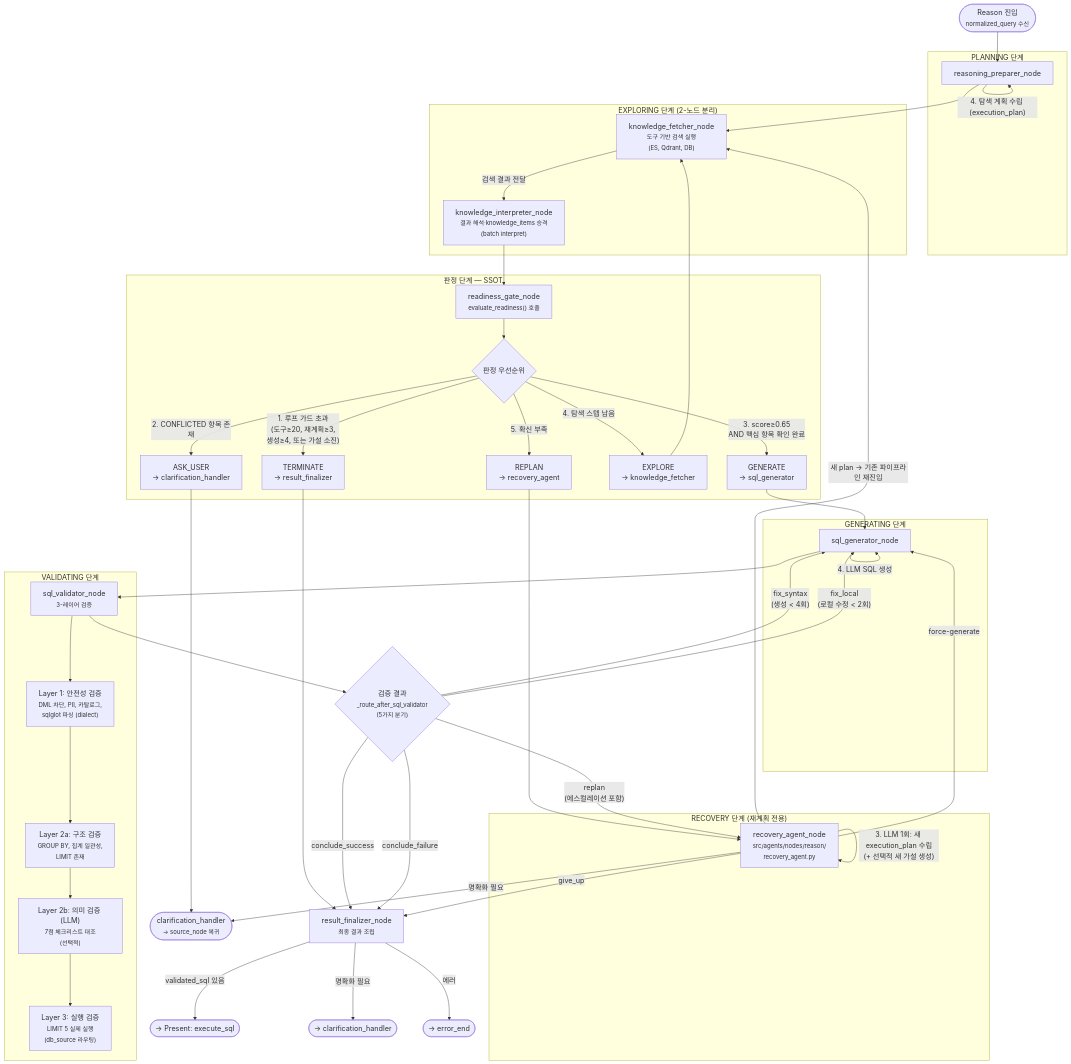
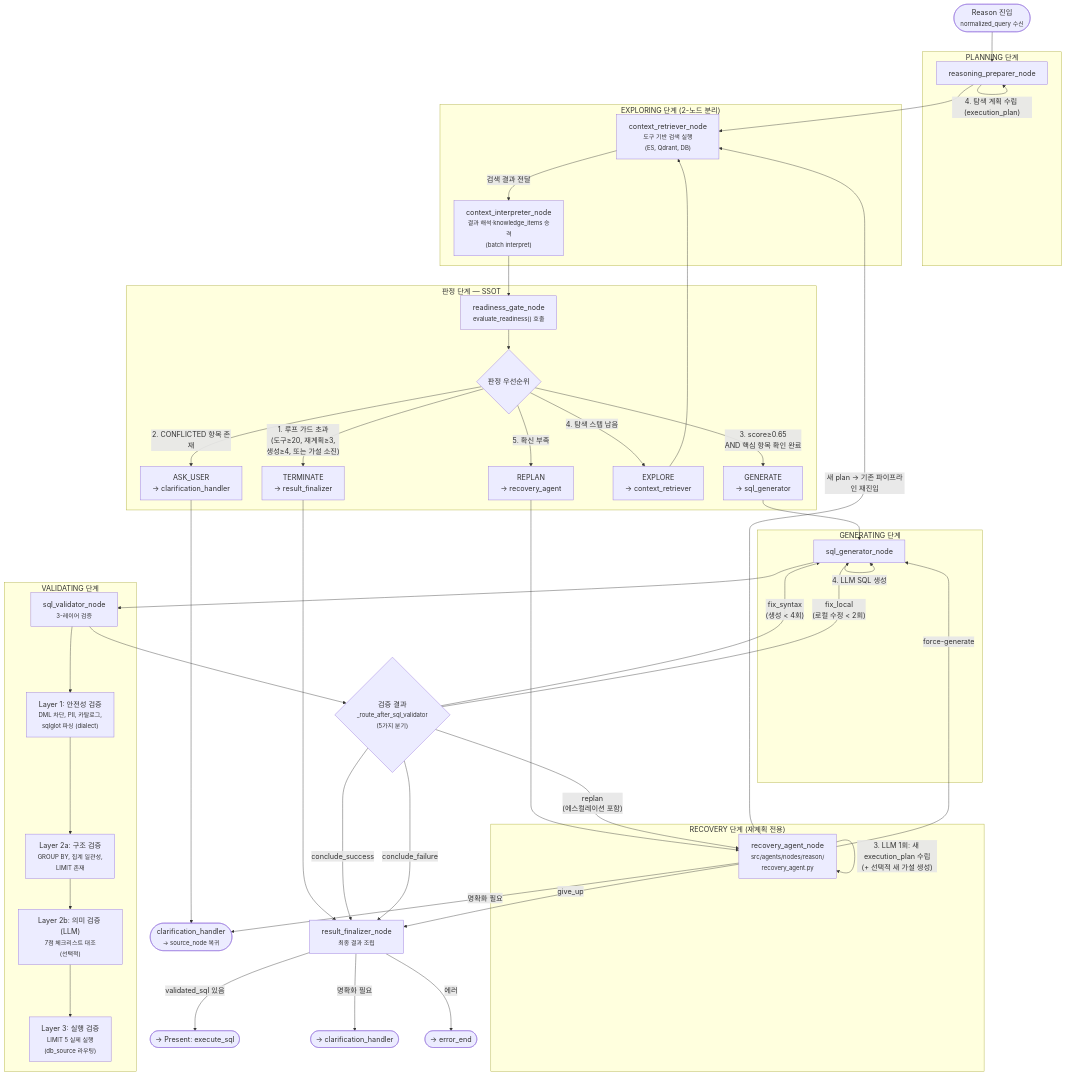
One commit to cheol-hee-han/data-copilot changed the third of 3 diagrams in docs/architecture/pipeline-architecture.md. Above: the diagram before and after it, drawn with Mermaid. The commit also changed other lines of this file and 296 other files, not shown here.

```diff
--- a/docs/architecture/pipeline-architecture.md
+++ b/docs/architecture/pipeline-architecture.md
@@ -258,8 +258,8 @@
     PLAN --> FETCH
 
     subgraph exploring["EXPLORING 단계 (2-노드 분리)"]
-        FETCH["knowledge_fetcher_node<br/><small>도구 기반 검색 실행<br/>(ES, Qdrant, DB)</small>"]
-        FETCH -->|"검색 결과 전달"| INTERP["knowledge_interpreter_node<br/><small>결과 해석·knowledge_items 승격<br/>(batch interpret)</small>"]
+        FETCH["context_retriever_node<br/><small>도구 기반 검색 실행<br/>(ES, Qdrant, DB)</small>"]
+        FETCH -->|"검색 결과 전달"| INTERP["context_interpreter_node<br/><small>결과 해석·knowledge_items 승격<br/>(batch interpret)</small>"]
     end
 
     INTERP --> EVAL
@@ -277,7 +277,7 @@
     TERMINATE["TERMINATE<br/>→ result_finalizer"] --> FIN
     ASK_USER["ASK_USER<br/>→ clarification_handler"] --> CLR_U(["clarification_handler<br/><small>→ source_node 복귀</small>"])
     GENERATE["GENERATE<br/>→ sql_generator"] --> GEN
-    EXPLORE_MORE["EXPLORE<br/>→ knowledge_fetcher"] --> FETCH
+    EXPLORE_MORE["EXPLORE<br/>→ context_retriever"] --> FETCH
     REPLAN_V["REPLAN<br/>→ recovery_agent"] --> REC
 
     subgraph generating["GENERATING 단계"]
```
